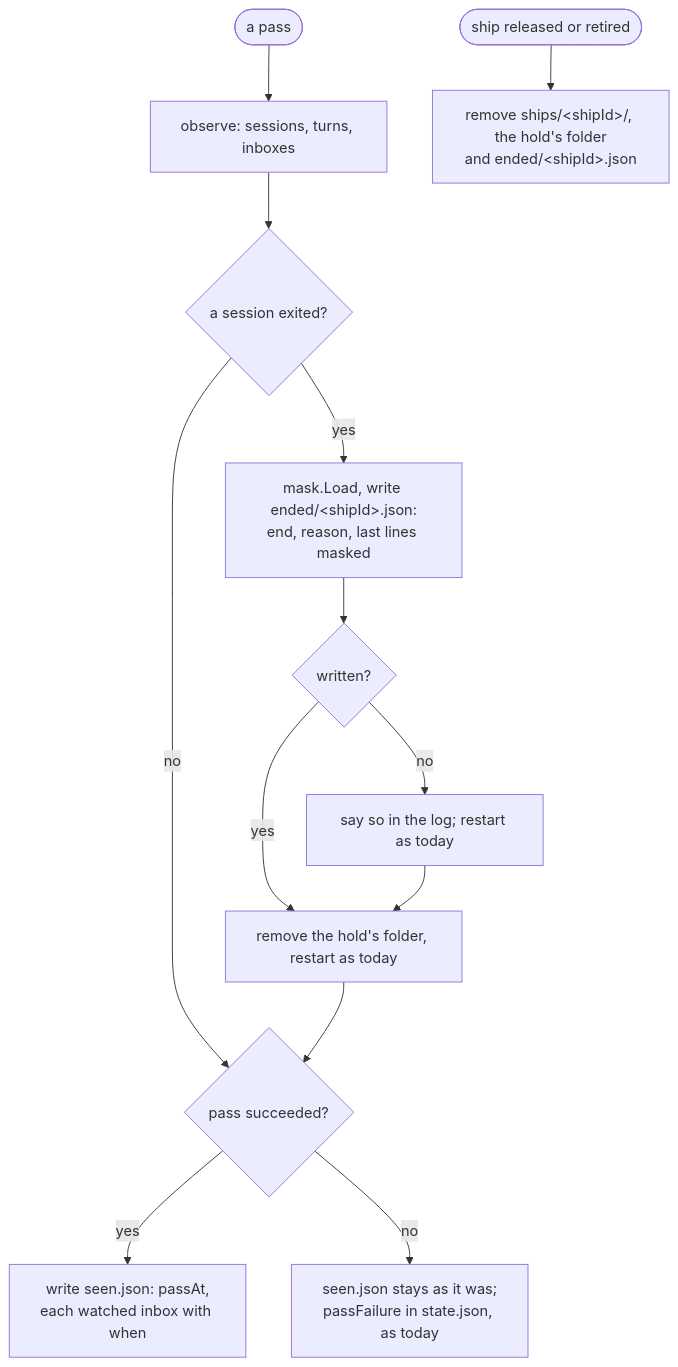
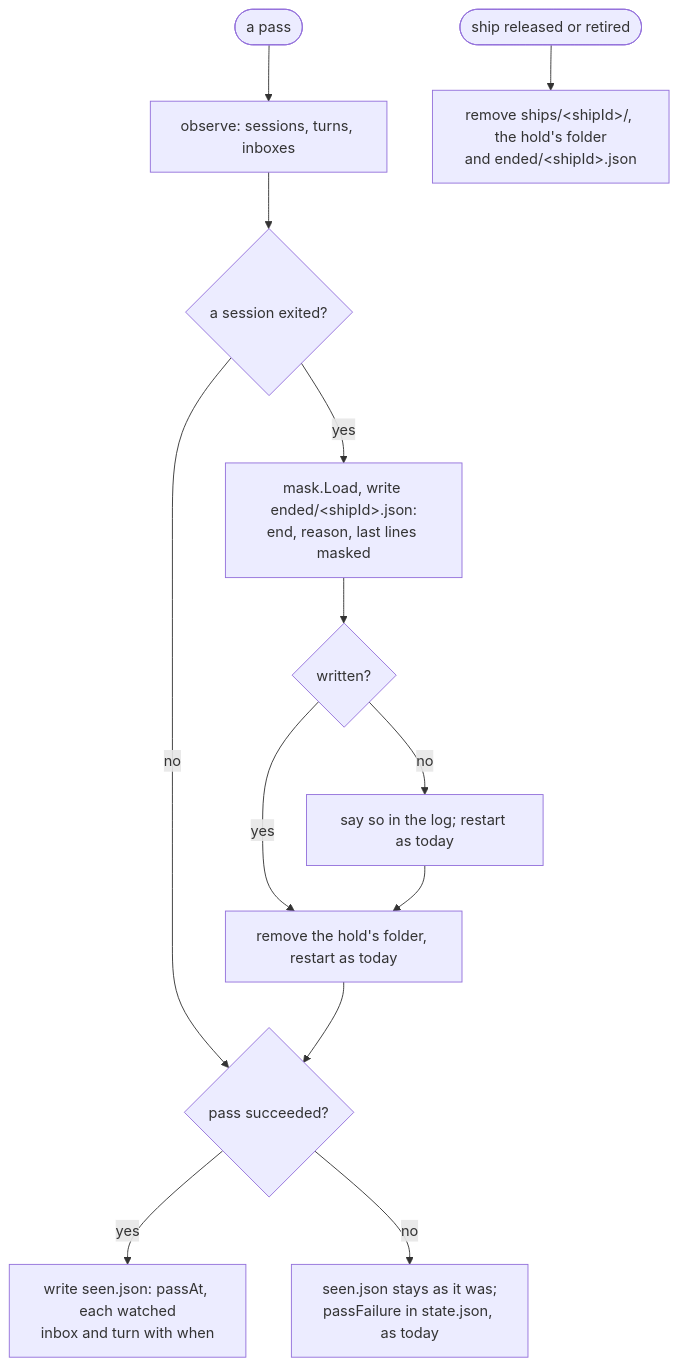
One commit to ThomasHendrickx/aeolus-fleet-trierarch changed the second of 2 diagrams in docs/design/check-in-on-sessions.md. Above: the diagram before and after it, drawn with Mermaid. The commit also changed other lines of this file, not shown here.

````diff
--- a/docs/design/check-in-on-sessions.md
+++ b/docs/design/check-in-on-sessions.md
@@ -207,15 +213,15 @@
 ```mermaid
 flowchart TD
   pass(["a pass"]) --> observe["observe: sessions, turns, inboxes"]
   observe --> exited{"a session exited?"}
   exited -- yes --> keep["mask.Load, write ended/&lt;shipId&gt;.json:<br/>end, reason, last lines masked"]
   keep --> keepok{"written?"}
   keepok -- no --> logit["say so in the log; restart as today"]
   keepok -- yes --> restart["remove the hold's folder, restart as today"]
   logit --> restart
   exited -- no --> ok
   restart --> ok{"pass succeeded?"}
-  ok -- yes --> seen["write seen.json: passAt,<br/>each watched inbox with when"]
+  ok -- yes --> seen["write seen.json: passAt, each watched<br/>inbox and turn with when"]
   ok -- no --> stays["seen.json stays as it was;<br/>passFailure in state.json, as today"]
   gone(["ship released or retired"]) --> remove["remove ships/&lt;shipId&gt;/, the hold's folder<br/>and ended/&lt;shipId&gt;.json"]
 ```
````
